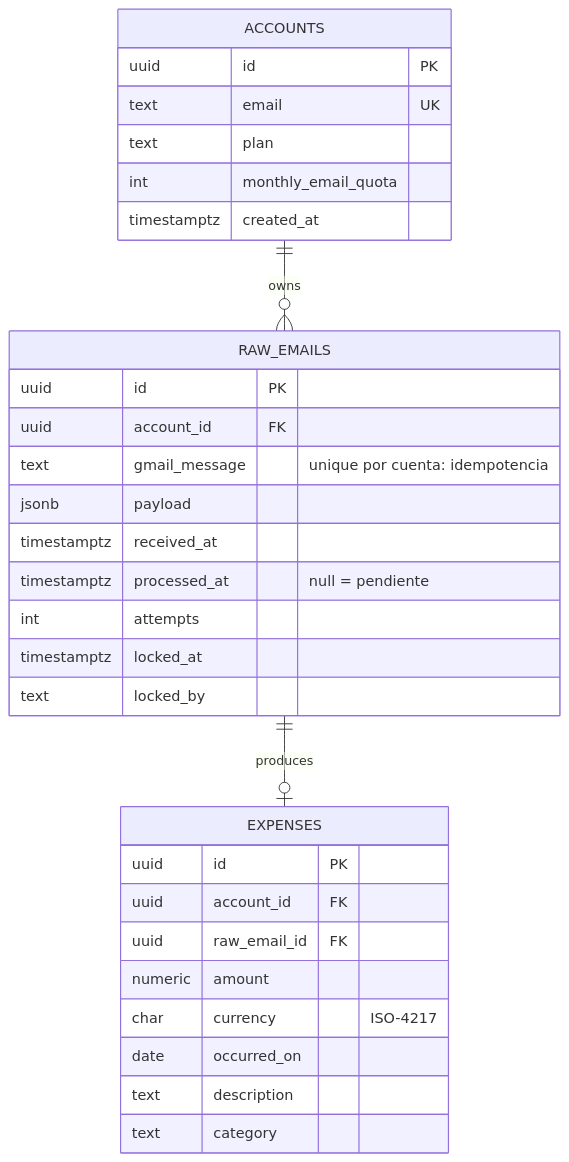
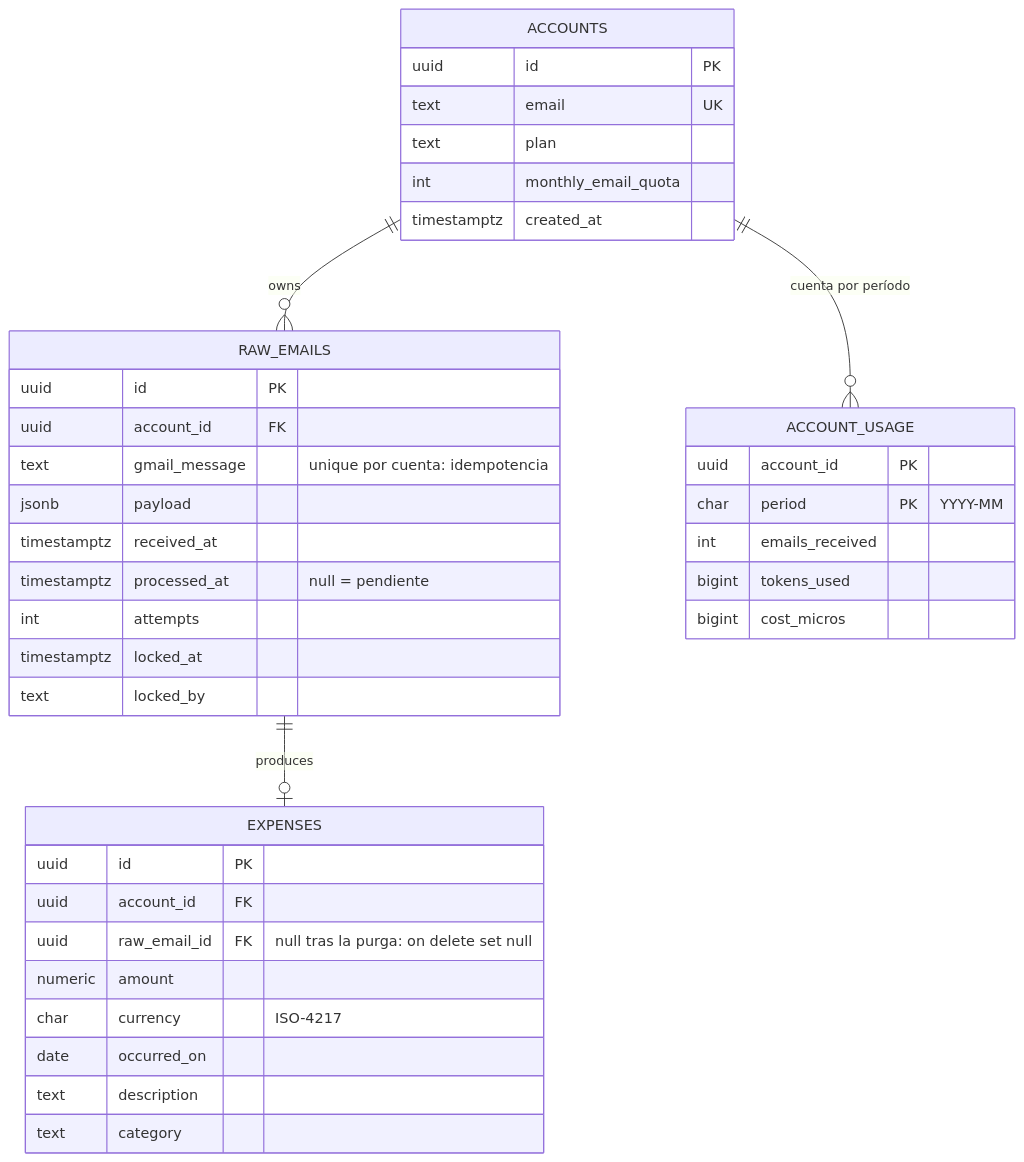
Before and after one commit to fperezlefiman/expense-tracker: the third of 3 diagrams in docs/architecture.md, drawn with Mermaid. The commit also changed other lines of this file and 3 other files, not shown here.

````diff
--- a/docs/architecture.md
+++ b/docs/architecture.md
@@ -66,34 +66,42 @@
 ```mermaid
 erDiagram
     ACCOUNTS ||--o{ RAW_EMAILS : owns
+    ACCOUNTS ||--o{ ACCOUNT_USAGE : "cuenta por período"
     RAW_EMAILS ||--o| EXPENSES : produces
 
     ACCOUNTS {
         uuid id PK
         text email UK
         text plan
         int monthly_email_quota
         timestamptz created_at
     }
     RAW_EMAILS {
         uuid id PK
         uuid account_id FK
         text gmail_message "unique por cuenta: idempotencia"
         jsonb payload
         timestamptz received_at
         timestamptz processed_at "null = pendiente"
         int attempts
         timestamptz locked_at
         text locked_by
     }
     EXPENSES {
         uuid id PK
         uuid account_id FK
-        uuid raw_email_id FK
+        uuid raw_email_id FK "null tras la purga: on delete set null"
         numeric amount
         char currency "ISO-4217"
         date occurred_on
         text description
         text category
     }
+    ACCOUNT_USAGE {
+        uuid account_id PK
+        char period PK "YYYY-MM"
+        int emails_received
+        bigint tokens_used
+        bigint cost_micros
+    }
 ```
````
